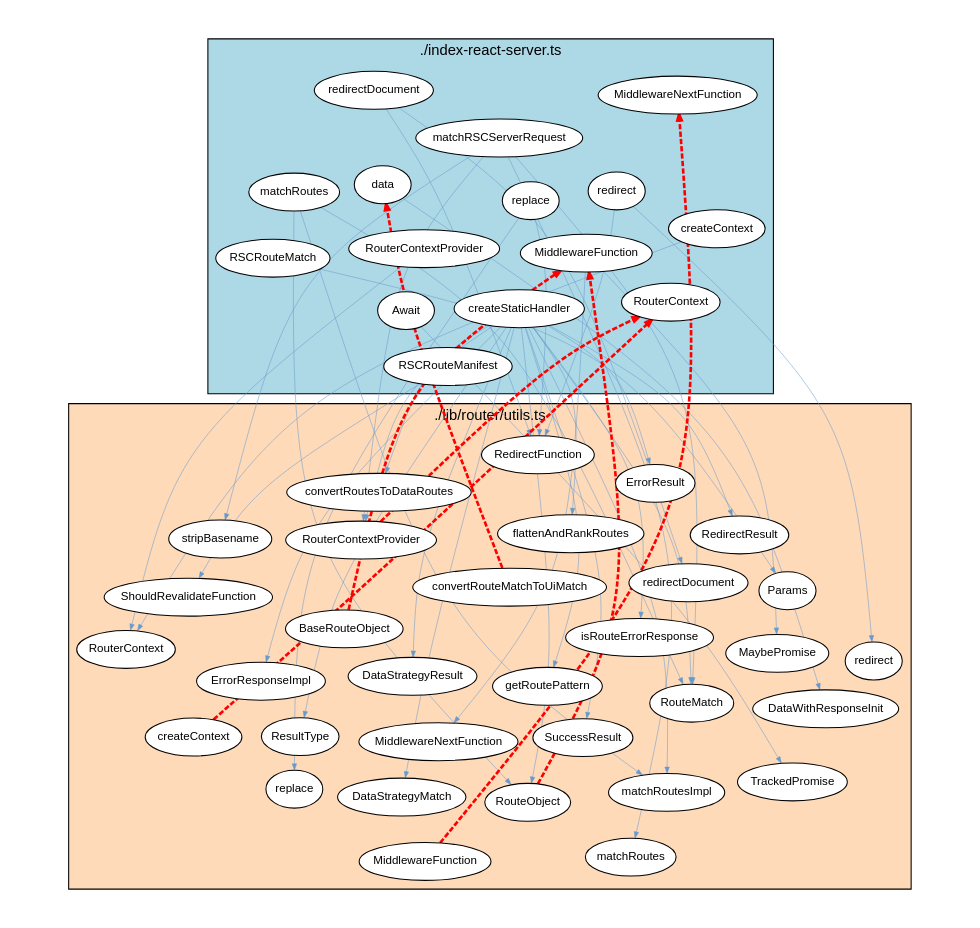
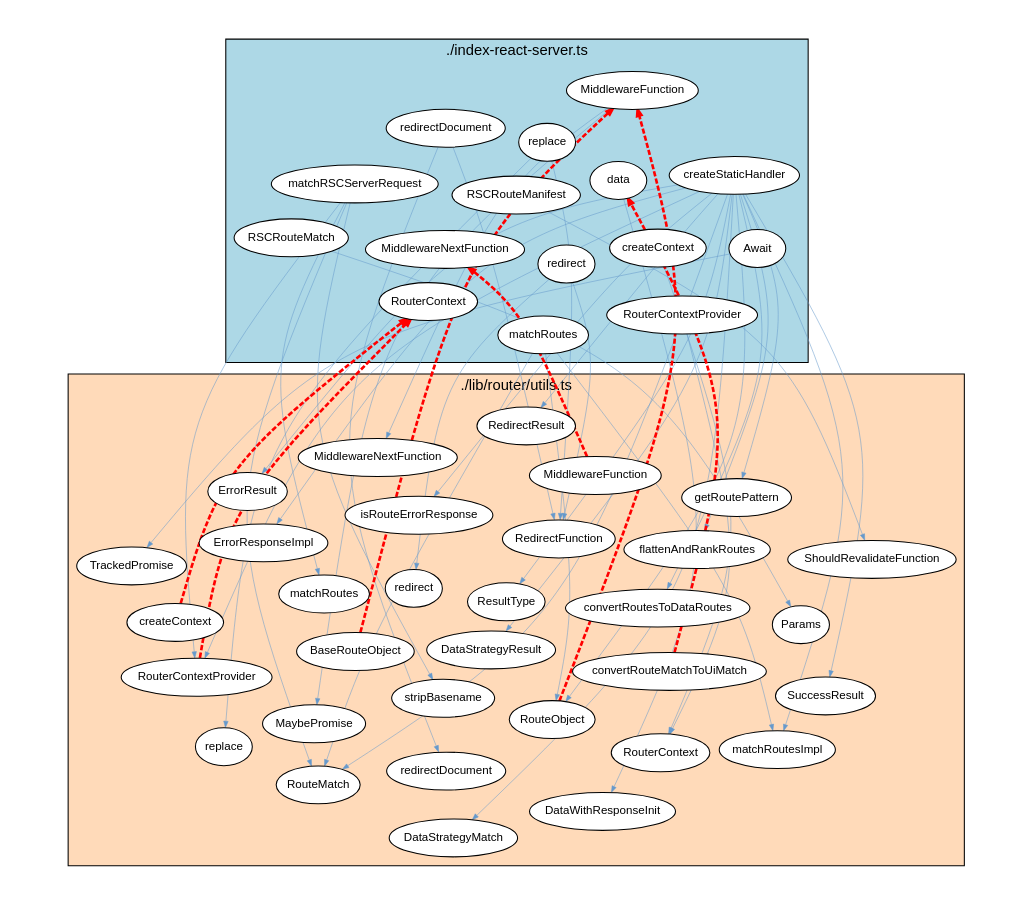
One commit to JohT/code-graph-analysis-examples changed the diagram in analysis-results/react-router/react-router-7.18.1/cyclic-dependencies/Typescript_Module/Graph_Visualizations/graphviz/TypescriptModuleCyclicDependencies3.gv. Above: the diagram before and after it, drawn with Graphviz. The commit also changed other lines of this file and 347 other files, not shown here.

```diff
--- a/analysis-results/react-router/react-router-7.18.1/cyclic-dependencies/Typescript_Module/Graph_Visualizations/graphviz/TypescriptModuleCyclicDependencies3.gv
+++ b/analysis-results/react-router/react-router-7.18.1/cyclic-dependencies/Typescript_Module/Graph_Visualizations/graphviz/TypescriptModuleCyclicDependencies3.gv
@@ -1,109 +1,109 @@
 strict digraph cycle {
     graph [layout = "fdp"; start = "7"; splines = "curved"; pad = "0.8,0.4"; outputorder = "edgesfirst";];
     graph [fontname = "Helvetica,Arial,sans-serif"; labelloc = "t";];
     node [fontname = "Helvetica,Arial,sans-serif"; style = "filled"; fillcolor = "white";];
     node [fontsize = 11; margin = "0.05,0.05";];
     edge [fontsize = 9; arrowsize = "0.6";];
 
     subgraph cluster_package {
         label="./index-react-server.ts";
         style="filled";
         fillcolor="lightblue";
+        "replace_pkg" [label="replace"];
         "RSCRouteMatch";
-        "replace_pkg" [label="replace"];
         "MiddlewareFunction_pkg" [label="MiddlewareFunction"];
         "redirect_pkg" [label="redirect"];
         "RouterContext_pkg" [label="RouterContext"];
         "createStaticHandler";
         "MiddlewareNextFunction_pkg" [label="MiddlewareNextFunction"];
         "matchRSCServerRequest";
         "RouterContextProvider_pkg" [label="RouterContextProvider"];
         "Await";
         "data";
         "matchRoutes_pkg" [label="matchRoutes"];
         "createContext_pkg" [label="createContext"];
         "redirectDocument_pkg" [label="redirectDocument"];
         "RSCRouteManifest";
     }
 
     subgraph cluster_dependent {
         label="./lib/router/utils.ts";
         style="filled";
         fillcolor="peachpuff";
+        "replace_dep" [label="replace"];
         "flattenAndRankRoutes";
         "RedirectResult";
         "stripBasename";
-        "replace_dep" [label="replace"];
         "MiddlewareFunction_dep" [label="MiddlewareFunction"];
+        "getRoutePattern";
         "convertRoutesToDataRoutes";
-        "getRoutePattern";
-        "TrackedPromise";
-        "RedirectFunction";
         "ErrorResponseImpl";
         "ErrorResult";
+        "RedirectFunction";
+        "TrackedPromise";
+        "isRouteErrorResponse";
         "matchRoutesImpl";
         "RouterContext_dep" [label="RouterContext"];
         "DataWithResponseInit";
         "redirect_dep" [label="redirect"];
-        "isRouteErrorResponse";
         "convertRouteMatchToUiMatch";
         "MiddlewareNextFunction_dep" [label="MiddlewareNextFunction"];
         "SuccessResult";
         "ShouldRevalidateFunction";
         "DataStrategyMatch";
         "ResultType";
         "RouterContextProvider_dep" [label="RouterContextProvider"];
         "matchRoutes_dep" [label="matchRoutes"];
         "RouteMatch";
         "BaseRouteObject";
         "redirectDocument_dep" [label="redirectDocument"];
         "createContext_dep" [label="createContext"];
         "DataStrategyResult";
         "Params";
         "MaybePromise";
         "RouteObject";
     }
 
+    "replace_pkg" -> "replace_dep" [color="#6699CC"; penwidth="0.5"];
+    "createStaticHandler" -> "ErrorResponseImpl" [color="#6699CC"; penwidth="0.5"];
     "createStaticHandler" -> "RouterContextProvider_dep" [color="#6699CC"; penwidth="0.5"];
     "matchRSCServerRequest" -> "RouterContextProvider_dep" [color="#6699CC"; penwidth="0.5"];
-    "replace_pkg" -> "replace_dep" [color="#6699CC"; penwidth="0.5"];
-    "createStaticHandler" -> "ErrorResponseImpl" [color="#6699CC"; penwidth="0.5"];
     "createStaticHandler" -> "flattenAndRankRoutes" [color="#6699CC"; penwidth="0.5"];
     "matchRoutes_pkg" -> "RouteObject" [color="#6699CC"; penwidth="0.5"];
     "redirect_pkg" -> "redirect_dep" [color="#6699CC"; penwidth="0.5"];
+    "matchRSCServerRequest" -> "matchRoutes_dep" [color="#6699CC"; penwidth="0.5"];
     "createStaticHandler" -> "RedirectResult" [color="#6699CC"; penwidth="0.5"];
-    "matchRSCServerRequest" -> "matchRoutes_dep" [color="#6699CC"; penwidth="0.5"];
+    "createStaticHandler" -> "SuccessResult" [color="#6699CC"; penwidth="0.5"];
+    "matchRSCServerRequest" -> "RouteMatch" [color="#6699CC"; penwidth="0.5"];
     "redirectDocument_pkg" -> "redirectDocument_dep" [color="#6699CC"; penwidth="0.5"];
-    "matchRSCServerRequest" -> "RouteMatch" [color="#6699CC"; penwidth="0.5"];
-    "createStaticHandler" -> "SuccessResult" [color="#6699CC"; penwidth="0.5"];
+    "createStaticHandler" -> "isRouteErrorResponse" [color="#6699CC"; penwidth="0.5"];
     "RouterContextProvider_pkg" -> "RouterContext_dep" [color="#6699CC"; penwidth="0.5"];
     "RSCRouteManifest" -> "ShouldRevalidateFunction" [color="#6699CC"; penwidth="0.5"];
     "createStaticHandler" -> "DataStrategyMatch" [color="#6699CC"; penwidth="0.5"];
-    "createStaticHandler" -> "isRouteErrorResponse" [color="#6699CC"; penwidth="0.5"];
+    "createContext_pkg" -> "RouterContext_dep" [color="#6699CC"; penwidth="0.5"];
+    "matchRoutes_pkg" -> "RouteMatch" [color="#6699CC"; penwidth="0.5"];
     "createStaticHandler" -> "convertRoutesToDataRoutes" [color="#6699CC"; penwidth="0.5"];
-    "createContext_pkg" -> "RouterContext_dep" [color="#6699CC"; penwidth="0.5"];
     "RSCRouteMatch" -> "Params" [color="#6699CC"; penwidth="0.5"];
-    "matchRoutes_pkg" -> "RouteMatch" [color="#6699CC"; penwidth="0.5"];
+    "createStaticHandler" -> "ResultType" [color="#6699CC"; penwidth="0.5"];
     "Await" -> "TrackedPromise" [color="#6699CC"; penwidth="0.5"];
-    "createStaticHandler" -> "ResultType" [color="#6699CC"; penwidth="0.5"];
     "matchRSCServerRequest" -> "stripBasename" [color="#6699CC"; penwidth="0.5"];
+    "createStaticHandler" -> "RouteMatch" [color="#6699CC"; penwidth="0.5"];
     "replace_pkg" -> "RedirectFunction" [color="#6699CC"; penwidth="0.5"];
-    "createStaticHandler" -> "RouteMatch" [color="#6699CC"; penwidth="0.5"];
     "matchRoutes_pkg" -> "matchRoutesImpl" [color="#6699CC"; penwidth="0.5"];
     "redirectDocument_pkg" -> "RedirectFunction" [color="#6699CC"; penwidth="0.5"];
     "createStaticHandler" -> "RouteObject" [color="#6699CC"; penwidth="0.5"];
     "data" -> "DataWithResponseInit" [color="#6699CC"; penwidth="0.5"];
+    "createStaticHandler" -> "getRoutePattern" [color="#6699CC"; penwidth="0.5"];
     "redirect_pkg" -> "RedirectFunction" [color="#6699CC"; penwidth="0.5"];
-    "createStaticHandler" -> "getRoutePattern" [color="#6699CC"; penwidth="0.5"];
+    "MiddlewareFunction_pkg" -> "MiddlewareNextFunction_dep" [color="#6699CC"; penwidth="0.5"];
+    "MiddlewareFunction_pkg" -> "MaybePromise" [color="#6699CC"; penwidth="0.5"];
     "createStaticHandler" -> "DataStrategyResult" [color="#6699CC"; penwidth="0.5"];
-    "MiddlewareFunction_pkg" -> "MaybePromise" [color="#6699CC"; penwidth="0.5"];
-    "MiddlewareFunction_pkg" -> "MiddlewareNextFunction_dep" [color="#6699CC"; penwidth="0.5"];
     "createStaticHandler" -> "matchRoutesImpl" [color="#6699CC"; penwidth="0.5"];
     "createStaticHandler" -> "ErrorResult" [color="#6699CC"; penwidth="0.5"];
     "RouteObject" -> "MiddlewareFunction_pkg" [color="red"; penwidth="2.5"; style="dashed";];
     "RouterContextProvider_dep" -> "RouterContext_pkg" [color="red"; penwidth="2.5"; style="dashed";];
     "createContext_dep" -> "RouterContext_pkg" [color="red"; penwidth="2.5"; style="dashed";];
     "BaseRouteObject" -> "MiddlewareFunction_pkg" [color="red"; penwidth="2.5"; style="dashed";];
     "convertRouteMatchToUiMatch" -> "data" [color="red"; penwidth="2.5"; style="dashed";];
     "MiddlewareFunction_dep" -> "MiddlewareNextFunction_pkg" [color="red"; penwidth="2.5"; style="dashed";];
 }
```
